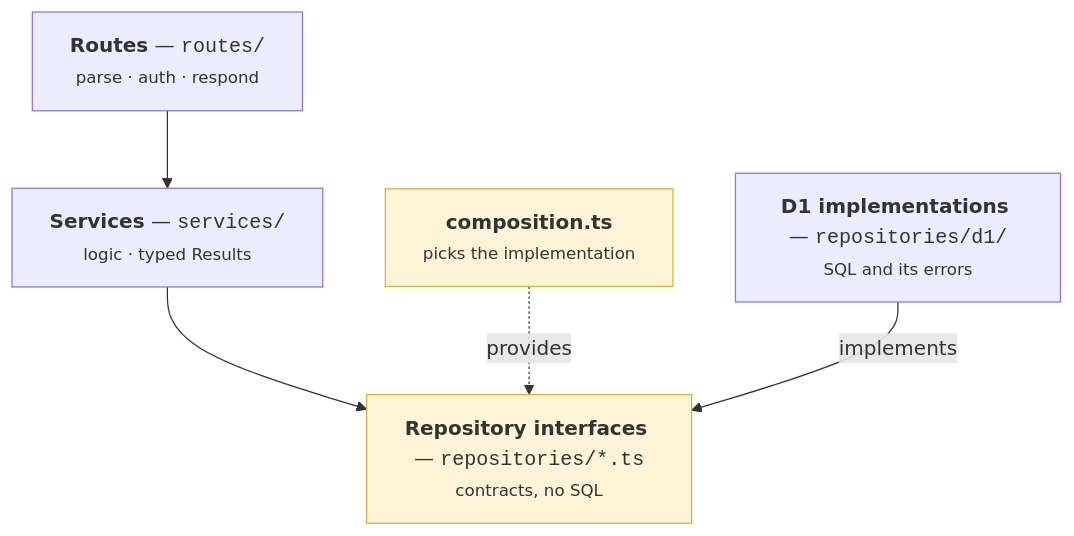
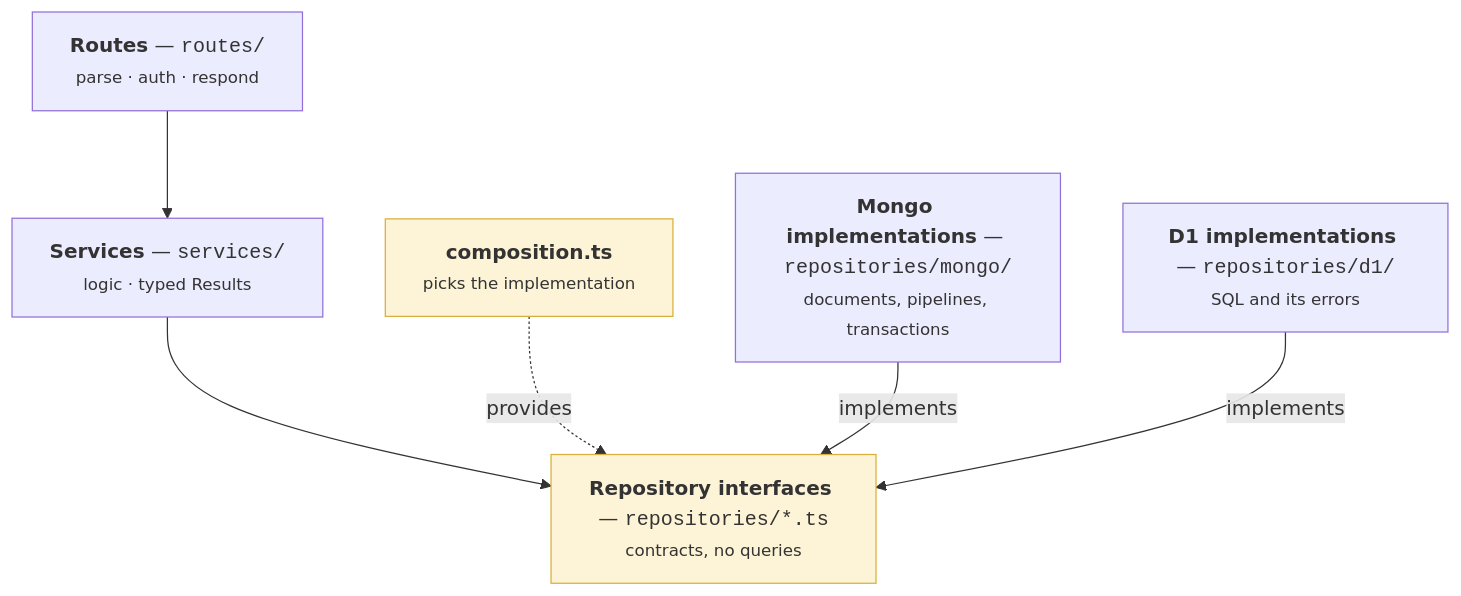
One commit to FantasyWiki/FantasyWiki changed the fourth of 4 diagrams in docs/site/pages/architecture/index.md. Above: the diagram before and after it, drawn with Mermaid. The commit also changed other lines of this file and 48 other files, not shown here.

````diff
--- a/docs/site/pages/architecture/index.md
+++ b/docs/site/pages/architecture/index.md
@@ -131,15 +141,17 @@
 ```mermaid
 flowchart TB
   R["<b>Routes</b> — <code>routes/</code><br/><small>parse · auth · respond</small>"]
   S["<b>Services</b> — <code>services/</code><br/><small>logic · typed Results</small>"]
-  I["<b>Repository interfaces</b> — <code>repositories/*.ts</code><br/><small>contracts, no SQL</small>"]
+  I["<b>Repository interfaces</b> — <code>repositories/*.ts</code><br/><small>contracts, no queries</small>"]
+  M["<b>Mongo implementations</b> — <code>repositories/mongo/</code><br/><small>documents, pipelines, transactions</small>"]
   D["<b>D1 implementations</b> — <code>repositories/d1/</code><br/><small>SQL and its errors</small>"]
   C["<b>composition.ts</b><br/><small>picks the implementation</small>"]
 
   R --> S --> I
   C -.->|"provides"| I
+  M -->|"implements"| I
   D -->|"implements"| I
 
   classDef seam fill:#fdf3d6,stroke:#d8b03a;
   class C,I seam;
 ```
````
